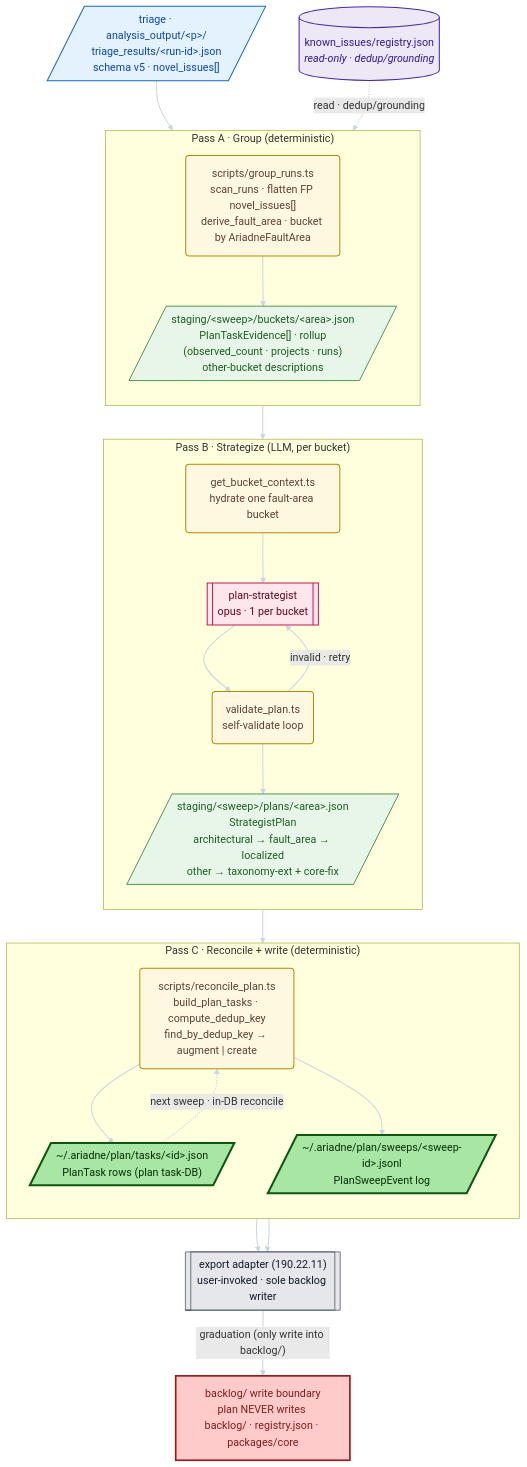
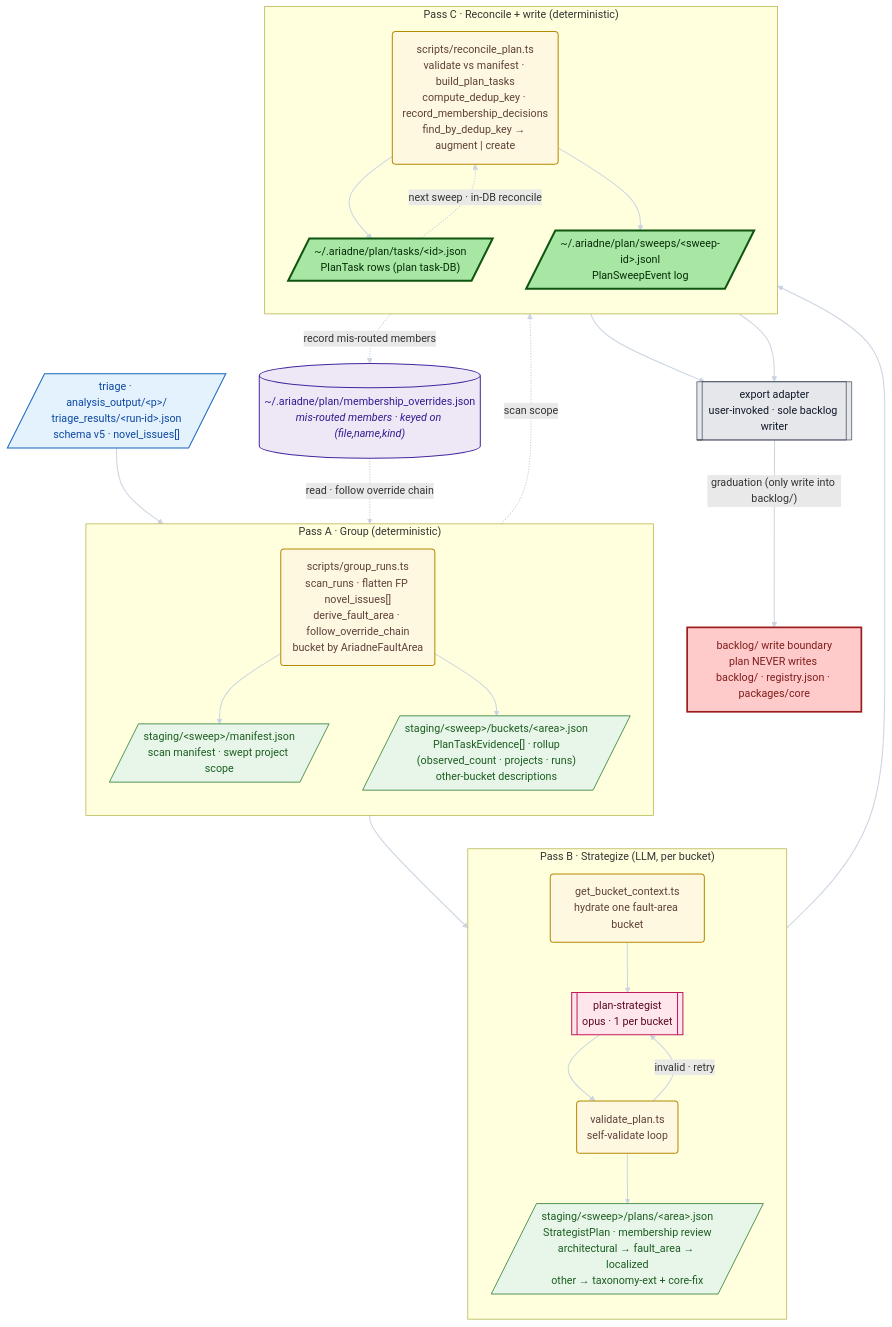
The diagram in .claude/skills/plan/README.per-step.mmd (CRJFisher/ariadne), drawn with Mermaid before and after one commit. The commit also changed 8 other files, not shown here.

```diff
--- a/.claude/skills/plan/README.per-step.mmd
+++ b/.claude/skills/plan/README.per-step.mmd
@@ -1,55 +1,59 @@
 flowchart TD
   classDef ext        fill:#e3f2fd,stroke:#1565c0,stroke-width:1.5px,color:#0d47a1
   classDef store      fill:#ede7f6,stroke:#4527a0,stroke-width:1.5px,color:#311b92
   classDef artifact   fill:#e8f5e9,stroke:#2e7d32,stroke-width:1.2px,color:#1b5e20
   classDef step       fill:#fff8e1,stroke:#b58900,stroke-width:1.5px,color:#5d4037
   classDef agent      fill:#ffe5ec,stroke:#c2185b,stroke-width:1.5px,color:#5a0922
   classDef inter      fill:#f5f5f5,stroke:#616161,stroke-width:1px,color:#212121,stroke-dasharray:3 3
   classDef published  fill:#a8e6a3,stroke:#0e5510,stroke-width:3px,color:#062c08
   classDef downstream fill:#e5e7eb,stroke:#374151,stroke-width:1px,color:#111827
   classDef boundary   fill:#fecaca,stroke:#991b1b,stroke-width:2.5px,color:#7f1d1d
 
   TR[/"triage · analysis_output/&lt;p&gt;/<br/>triage_results/&lt;run-id&gt;.json<br/>schema v5 · novel_issues[]"/]:::ext
 
-  REG[("known_issues/registry.json<br/><i>read-only · dedup/grounding</i>")]:::store
+  MO[("~/.ariadne/plan/membership_overrides.json<br/><i>mis-routed members · keyed on (file,name,kind)</i>")]:::store
 
   subgraph PA["Pass A · Group (deterministic)"]
     direction TB
-    SA("scripts/group_runs.ts<br/>scan_runs · flatten FP novel_issues[]<br/>derive_fault_area · bucket by AriadneFaultArea"):::step
+    SA("scripts/group_runs.ts<br/>scan_runs · flatten FP novel_issues[]<br/>derive_fault_area · follow_override_chain<br/>bucket by AriadneFaultArea"):::step
+    MAN[/"staging/&lt;sweep&gt;/manifest.json<br/>scan manifest · swept project scope"/]:::artifact
     BK[/"staging/&lt;sweep&gt;/buckets/&lt;area&gt;.json<br/>PlanTaskEvidence[] · rollup<br/>(observed_count · projects · runs)<br/>other-bucket descriptions"/]:::artifact
   end
 
   subgraph PB["Pass B · Strategize (LLM, per bucket)"]
     direction TB
     HY("get_bucket_context.ts<br/>hydrate one fault-area bucket"):::step
     AGB[["plan-strategist<br/>opus · 1 per bucket"]]:::agent
     VAL("validate_plan.ts<br/>self-validate loop"):::step
-    SP[/"staging/&lt;sweep&gt;/plans/&lt;area&gt;.json<br/>StrategistPlan<br/>architectural → fault_area → localized<br/>other → taxonomy-ext + core-fix"/]:::artifact
+    SP[/"staging/&lt;sweep&gt;/plans/&lt;area&gt;.json<br/>StrategistPlan · membership review<br/>architectural → fault_area → localized<br/>other → taxonomy-ext + core-fix"/]:::artifact
   end
 
   subgraph PC["Pass C · Reconcile + write (deterministic)"]
     direction TB
-    RC("scripts/reconcile_plan.ts<br/>build_plan_tasks · compute_dedup_key<br/>find_by_dedup_key → augment | create"):::step
+    RC("scripts/reconcile_plan.ts<br/>validate vs manifest · build_plan_tasks<br/>compute_dedup_key · record_membership_decisions<br/>find_by_dedup_key → augment | create"):::step
     PT[/"~/.ariadne/plan/tasks/&lt;id&gt;.json<br/>PlanTask rows (plan task-DB)"/]:::published
     SW[/"~/.ariadne/plan/sweeps/&lt;sweep-id&gt;.jsonl<br/>PlanSweepEvent log"/]:::published
   end
 
-  EXP[["export adapter (190.22.11)<br/>user-invoked · sole backlog writer"]]:::downstream
+  EXP[["export adapter<br/>user-invoked · sole backlog writer"]]:::downstream
   FW["backlog/ write boundary<br/>plan NEVER writes backlog/ · registry.json · packages/core"]:::boundary
 
   TR --> SA
-  REG -. "read · dedup/grounding" .-> SA
+  MO -. "read · follow override chain" .-> SA
+  SA --> MAN
   SA --> BK --> HY
+  MAN -. "scan scope" .-> RC
   HY --> AGB --> VAL
   VAL -- "invalid · retry" --> AGB
   VAL --> SP
   SP --> RC
   RC --> PT
   RC --> SW
+  RC -. "record mis-routed members" .-> MO
   PT -. "next sweep · in-DB reconcile" .-> RC
 
   PT --> EXP
   SW --> EXP
   EXP == "graduation (only write into backlog/)" ==> FW
 
   linkStyle default stroke:#cbd5e1,stroke-width:1.5px
```
